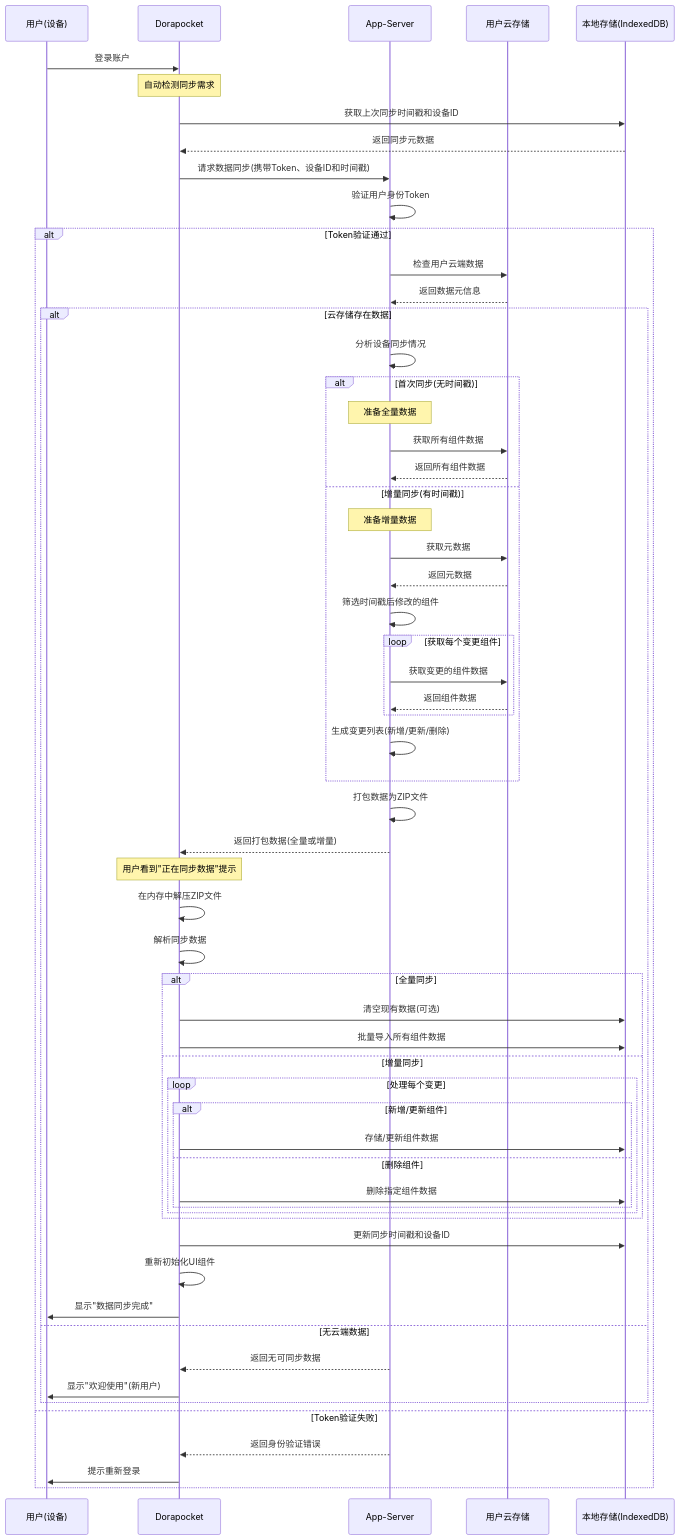
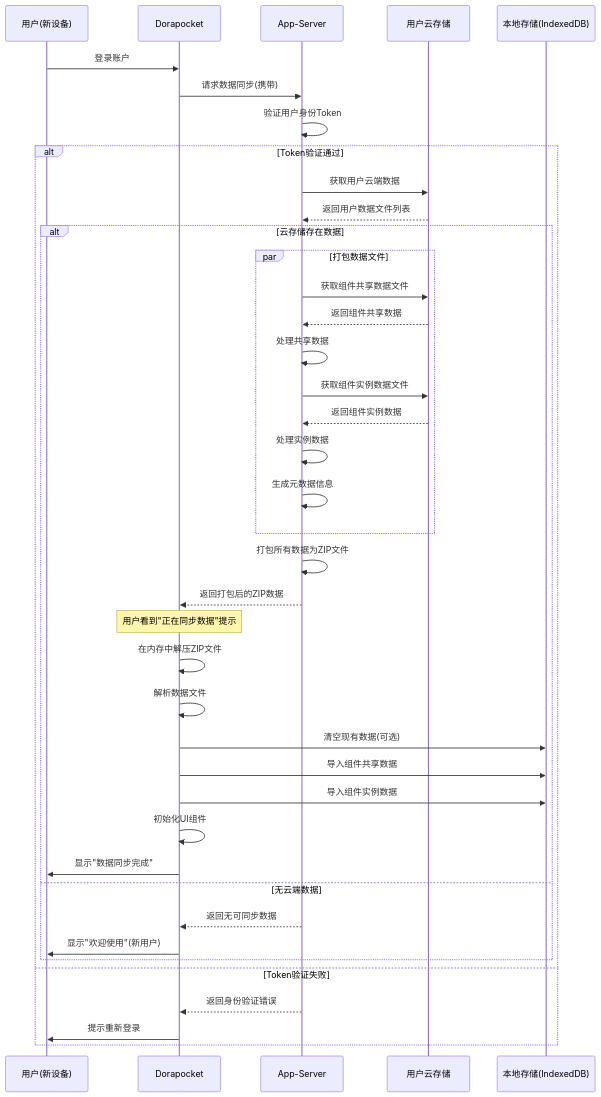
The diagram in all/未命名-38.md (yingjianzh/iodraw-files), drawn with Mermaid before and after one commit.

Commit message:
2025-04-21 13:56:22 update

````diff
--- a/all/未命名-38.md
+++ b/all/未命名-38.md
@@ -1,78 +1,53 @@
 ```mermaid
 sequenceDiagram
-    participant User as 用户(设备)
+    participant User as 用户(新设备)
     participant App as Dorapocket
     participant AppServer as App-Server
     participant UserCloud as 用户云存储
     participant LocalDB as 本地存储(IndexedDB)
     
     User->>App: 登录账户
-    Note over App: 自动检测同步需求
     
-    App->>LocalDB: 获取上次同步时间戳和设备ID
-    LocalDB-->>App: 返回同步元数据
-    
-    App->>AppServer: 请求数据同步(携带Token、设备ID和时间戳)
+    App->>AppServer: 请求数据同步(携带)
     AppServer->>AppServer: 验证用户身份Token
     
     alt Token验证通过
-        AppServer->>UserCloud: 检查用户云端数据
-        UserCloud-->>AppServer: 返回数据元信息
+        AppServer->>UserCloud: 获取用户云端数据
+        UserCloud-->>AppServer: 返回用户数据文件列表
         
         alt 云存储存在数据
-            AppServer->>AppServer: 分析设备同步情况
-            
-            alt 首次同步(无时间戳)
-                Note over AppServer: 准备全量数据
-                AppServer->>UserCloud: 获取所有组件数据
-                UserCloud-->>AppServer: 返回所有组件数据
+            par 打包数据文件
+                AppServer->>UserCloud: 获取组件共享数据文件
+                UserCloud-->>AppServer: 返回组件共享数据
+                AppServer->>AppServer: 处理共享数据
                 
-            else 增量同步(有时间戳)
-                Note over AppServer: 准备增量数据
-                AppServer->>UserCloud: 获取元数据
-                UserCloud-->>AppServer: 返回元数据
+                AppServer->>UserCloud: 获取组件实例数据文件
+                UserCloud-->>AppServer: 返回组件实例数据
+                AppServer->>AppServer: 处理实例数据
                 
-                AppServer->>AppServer: 筛选时间戳后修改的组件
-                
-                loop 获取每个变更组件
-                    AppServer->>UserCloud: 获取变更的组件数据
-                    UserCloud-->>AppServer: 返回组件数据
-                end
-                
-                AppServer->>AppServer: 生成变更列表(新增/更新/删除)
+                AppServer->>AppServer: 生成元数据信息
             end
             
-            AppServer->>AppServer: 打包数据为ZIP文件
-            AppServer-->>App: 返回打包数据(全量或增量)
+            AppServer->>AppServer: 打包所有数据为ZIP文件
+            AppServer-->>App: 返回打包后的ZIP数据
             
             Note over App: 用户看到"正在同步数据"提示
             
             App->>App: 在内存中解压ZIP文件
-            App->>App: 解析同步数据
+            App->>App: 解析数据文件
             
-            alt 全量同步
-                App->>LocalDB: 清空现有数据(可选)
-                App->>LocalDB: 批量导入所有组件数据
-            else 增量同步
-                loop 处理每个变更
-                    alt 新增/更新组件
-                        App->>LocalDB: 存储/更新组件数据
-                    else 删除组件
-                        App->>LocalDB: 删除指定组件数据
-                    end
-                end
-            end
+            App->>LocalDB: 清空现有数据(可选)
+            App->>LocalDB: 导入组件共享数据
+            App->>LocalDB: 导入组件实例数据
             
-            App->>LocalDB: 更新同步时间戳和设备ID
-            App->>App: 重新初始化UI组件
+            App->>App: 初始化UI组件
             App->>User: 显示"数据同步完成"
-            
         else 无云端数据
             AppServer-->>App: 返回无可同步数据
             App->>User: 显示"欢迎使用"(新用户)
         end
     else Token验证失败
         AppServer-->>App: 返回身份验证错误
         App->>User: 提示重新登录
     end
 ```
````
